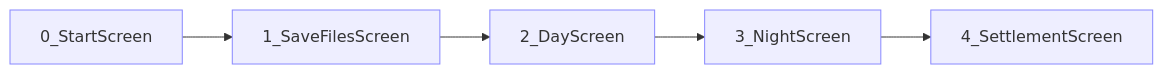
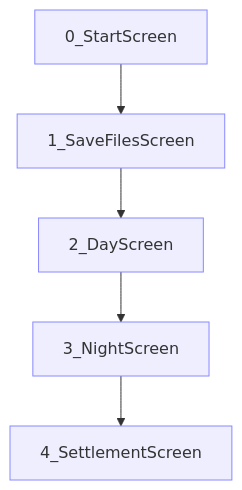
One commit to EstellaNines/Taberna-Noctis changed the first of 6 diagrams in Documents/SceneManager_DevDoc.md. Above: the diagram before and after it, drawn with Mermaid. The commit also changed other lines of this file and 86 other files, not shown here.

````diff
--- a/Documents/SceneManager_DevDoc.md
+++ b/Documents/SceneManager_DevDoc.md
@@ -11,9 +19,9 @@
 ```mermaid
-flowchart LR
+flowchart TD
   A[0_StartScreen] --> B[1_SaveFilesScreen]
   B --> C[2_DayScreen]
   C --> D[3_NightScreen]
   D --> E[4_SettlementScreen]
   classDef s fill:#eef,stroke:#88f,stroke-width:1px
   class A,B,C,D,E s
 ```
````
